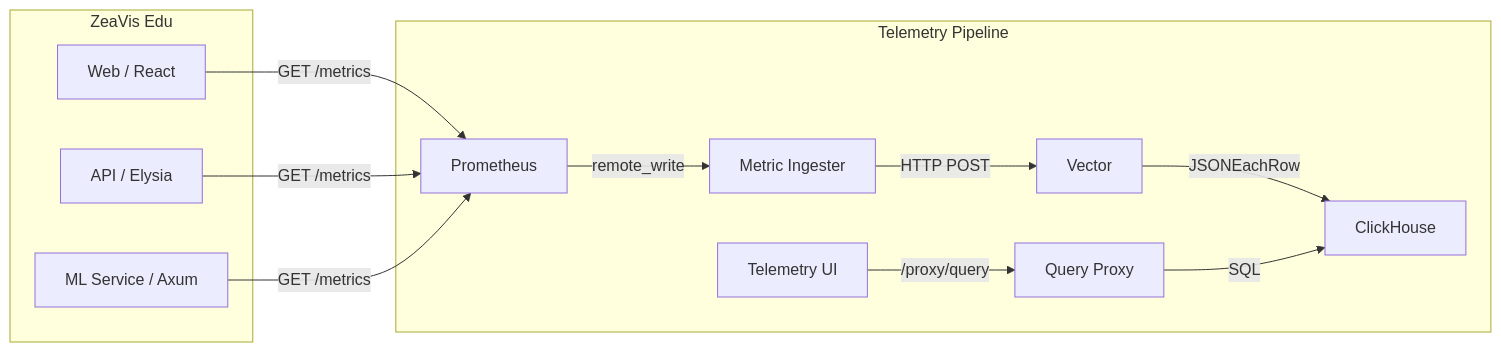
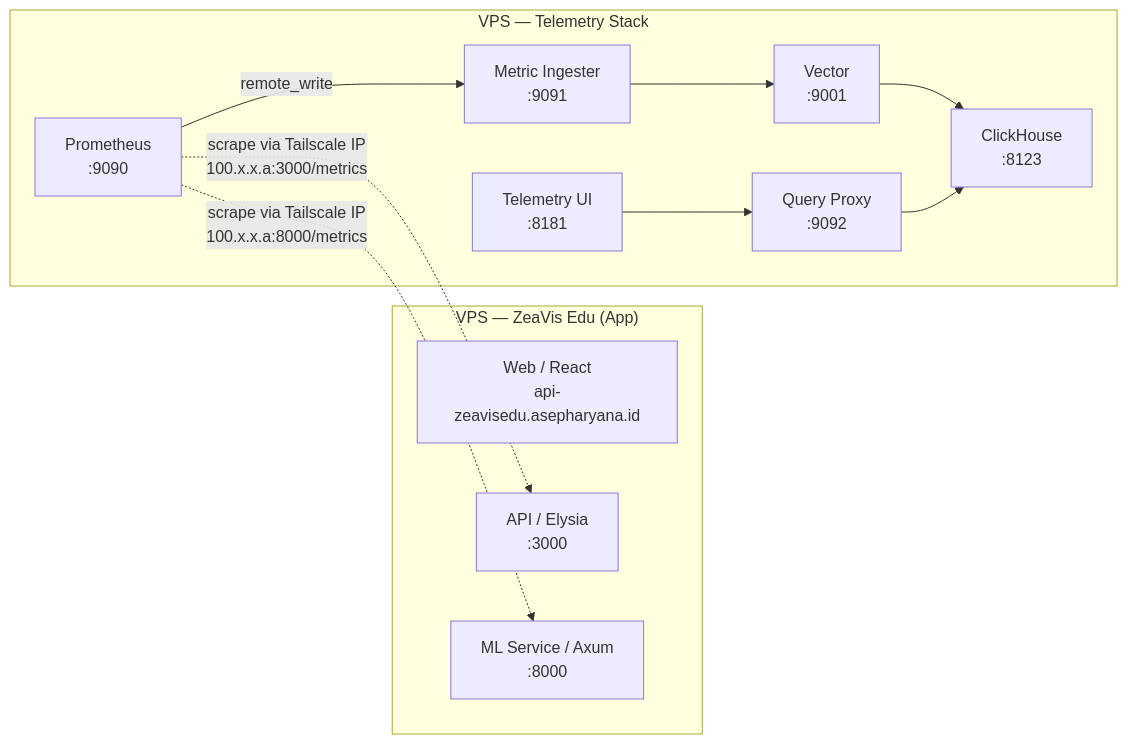
Before and after one commit to ATLAS-PJK-GM007/ZeaVis-Edu: the diagram in README.md, drawn with Mermaid. The commit also changed other lines of this file and 3 other files, not shown here.

Commit message:
docs(telemetry): separate production cross-VPS and local dev architecture docs

````diff
--- a/README.md
+++ b/README.md
@@ -223,26 +225,25 @@
 ```mermaid
 flowchart LR
-    subgraph Apps["ZeaVis Edu"]
-        W[Web / React]
-        A[API / Elysia]
-        M[ML Service / Axum]
+    subgraph VPS1["VPS — ZeaVis Edu (App)"]
+        W[Web / React<br/>api-zeavisedu.asepharyana.id]
+        A[API / Elysia<br/>:3000]
+        M[ML Service / Axum<br/>:8000]
     end
 
-    subgraph Telemetry["Telemetry Pipeline"]
-        P[Prometheus]
-        MI[Metric Ingester]
-        V[Vector]
-        CH[ClickHouse]
-        QP[Query Proxy]
-        TUI[Telemetry UI]
+    subgraph VPS2["VPS — Telemetry Stack"]
+        P[Prometheus<br/>:9090]
+        MI[Metric Ingester<br/>:9091]
+        V[Vector<br/>:9001]
+        CH[ClickHouse<br/>:8123]
+        QP[Query Proxy<br/>:9092]
+        TUI[Telemetry UI<br/>:8181]
     end
 
-    W -->|"GET /metrics"| P
-    A -->|"GET /metrics"| P
-    M -->|"GET /metrics"| P
+    P -.->|"scrape via Tailscale IP<br/>100.x.x.a:3000/metrics"| A
+    P -.->|"scrape via Tailscale IP<br/>100.x.x.a:8000/metrics"| M
     P -->|remote_write| MI
-    MI -->|HTTP POST| V
-    V -->|JSONEachRow| CH
-    QP -->|SQL| CH
-    TUI -->|/proxy/query| QP
+    MI --> V
+    V --> CH
+    QP --> CH
+    TUI --> QP
 ```
````
